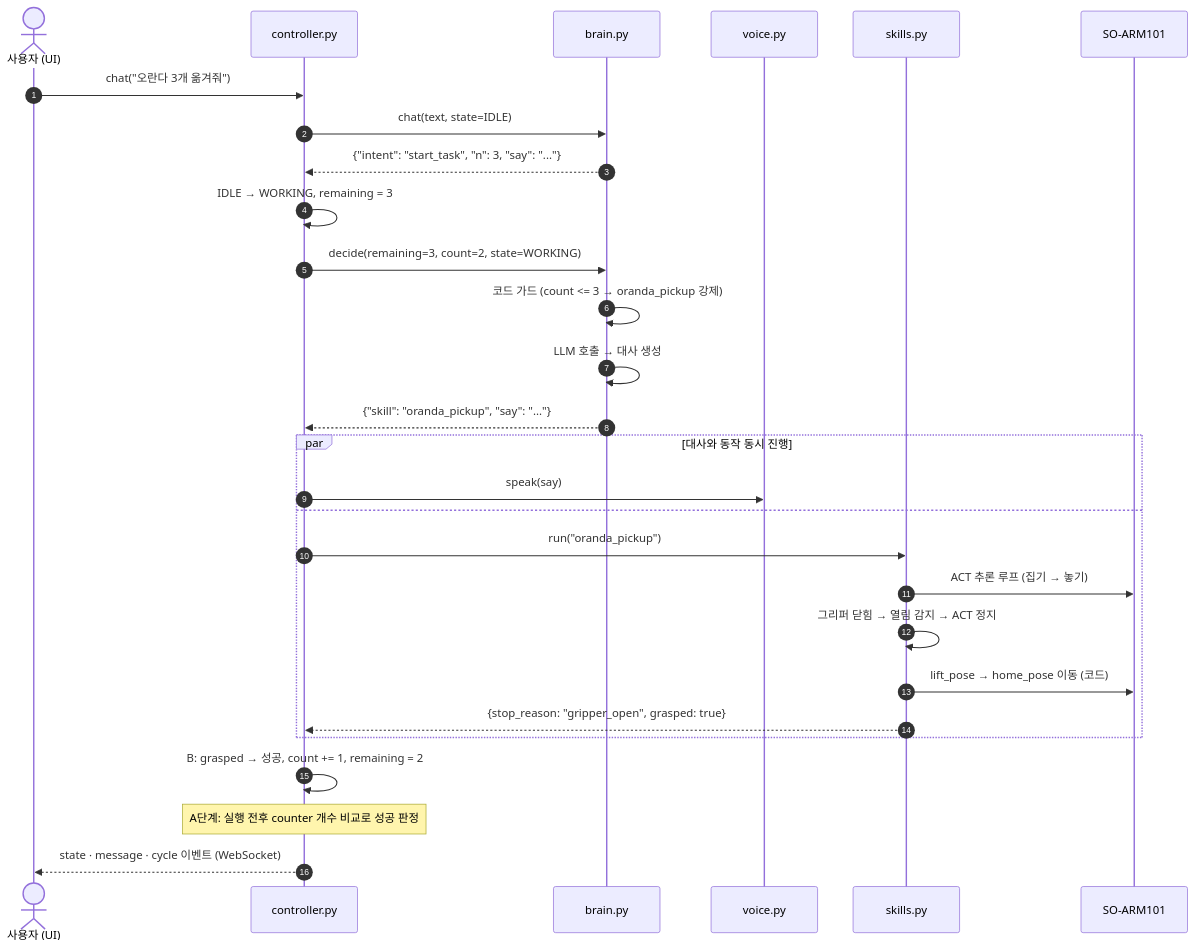
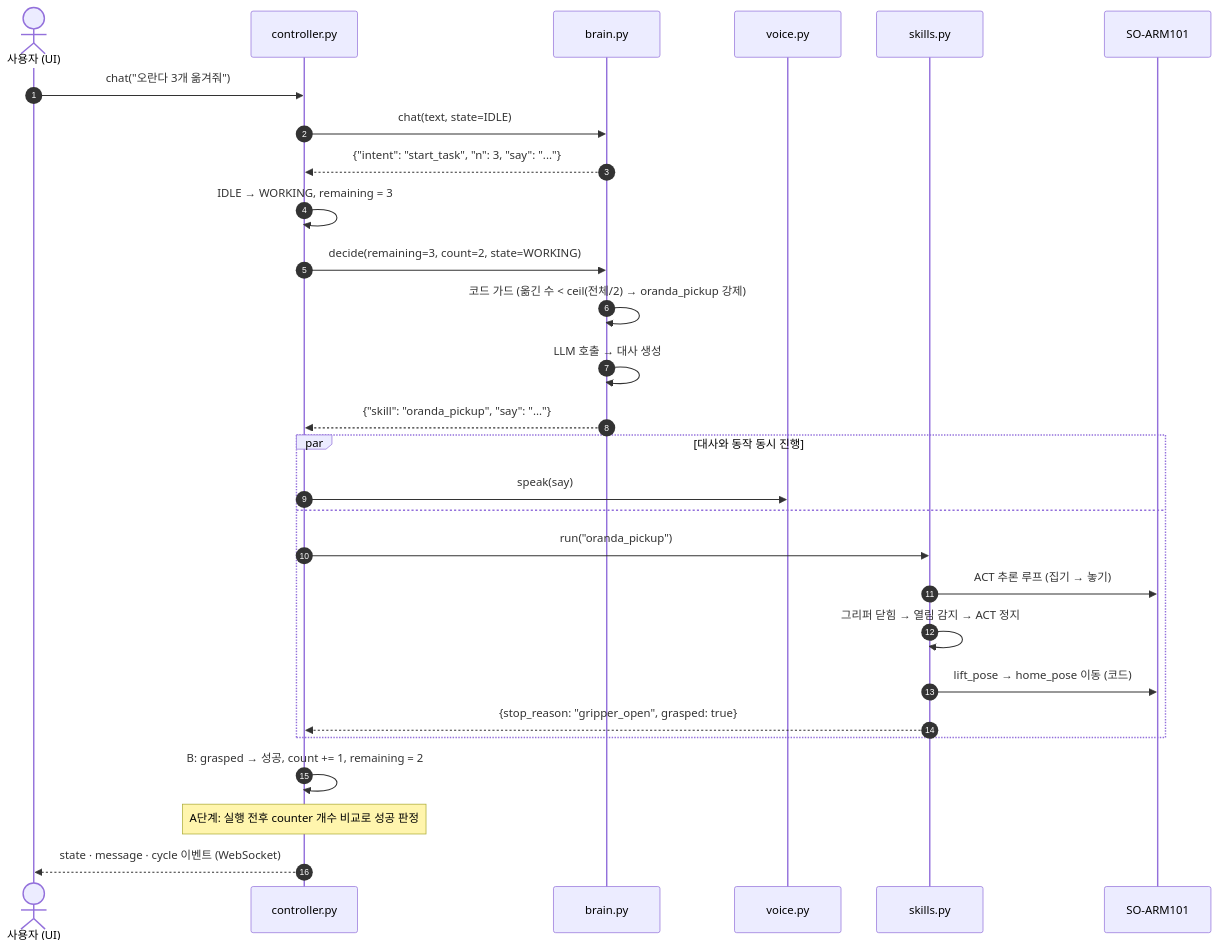
The third of 5 diagrams in docs/ARCHITECTURE.md (ttogle918/intel-openvino-homerunball), drawn with Mermaid before and after one commit. The commit also changed other lines of this file and 5 other files, not shown here.

````diff
--- a/docs/ARCHITECTURE.md
+++ b/docs/ARCHITECTURE.md
@@ -80,31 +80,31 @@
 ```mermaid
 sequenceDiagram
     autonumber
     actor U as 사용자 (UI)
     participant C as controller.py
     participant B as brain.py
     participant T as voice.py
     participant S as skills.py
     participant R as SO-ARM101
 
     U->>C: chat("오란다 3개 옮겨줘")
     C->>B: chat(text, state=IDLE)
     B-->>C: {"intent": "start_task", "n": 3, "say": "..."}
     C->>C: IDLE → WORKING, remaining = 3
     C->>B: decide(remaining=3, count=2, state=WORKING)
-    B->>B: 코드 가드 (count <= 3 → oranda_pickup 강제)
+    B->>B: 코드 가드 (옮긴 수 < ceil(전체/2) → oranda_pickup 강제)
     B->>B: LLM 호출 → 대사 생성
     B-->>C: {"skill": "oranda_pickup", "say": "..."}
     par 대사와 동작 동시 진행
         C->>T: speak(say)
     and
         C->>S: run("oranda_pickup")
         S->>R: ACT 추론 루프 (집기 → 놓기)
         S->>S: 그리퍼 닫힘 → 열림 감지 → ACT 정지
         S->>R: lift_pose → home_pose 이동 (코드)
         S-->>C: {stop_reason: "gripper_open", grasped: true}
     end
     C->>C: B: grasped → 성공, count += 1, remaining = 2
     Note over C: A단계: 실행 전후 counter 개수 비교로 성공 판정
     C-->>U: state · message · cycle 이벤트 (WebSocket)
 ```
````
